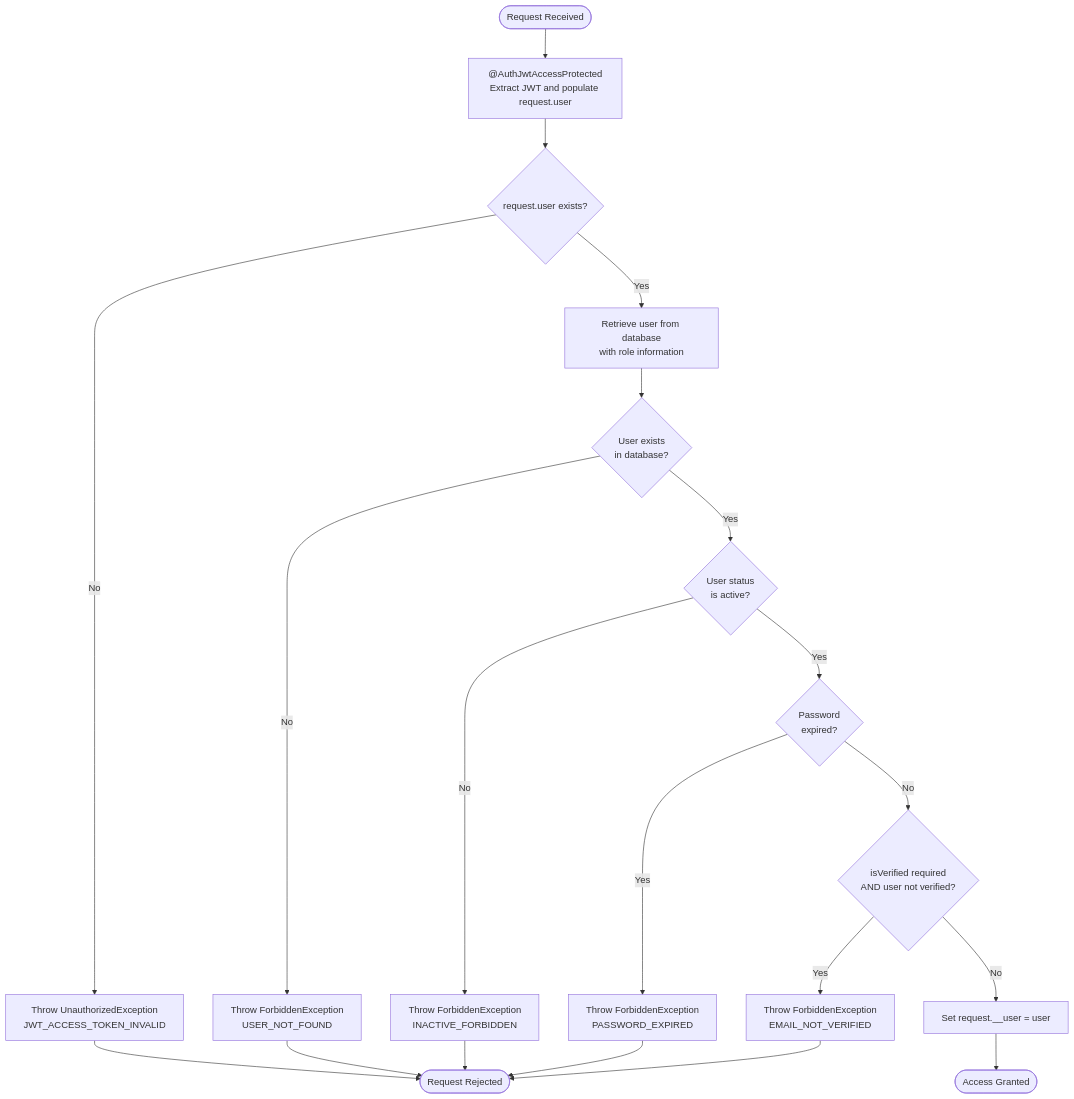
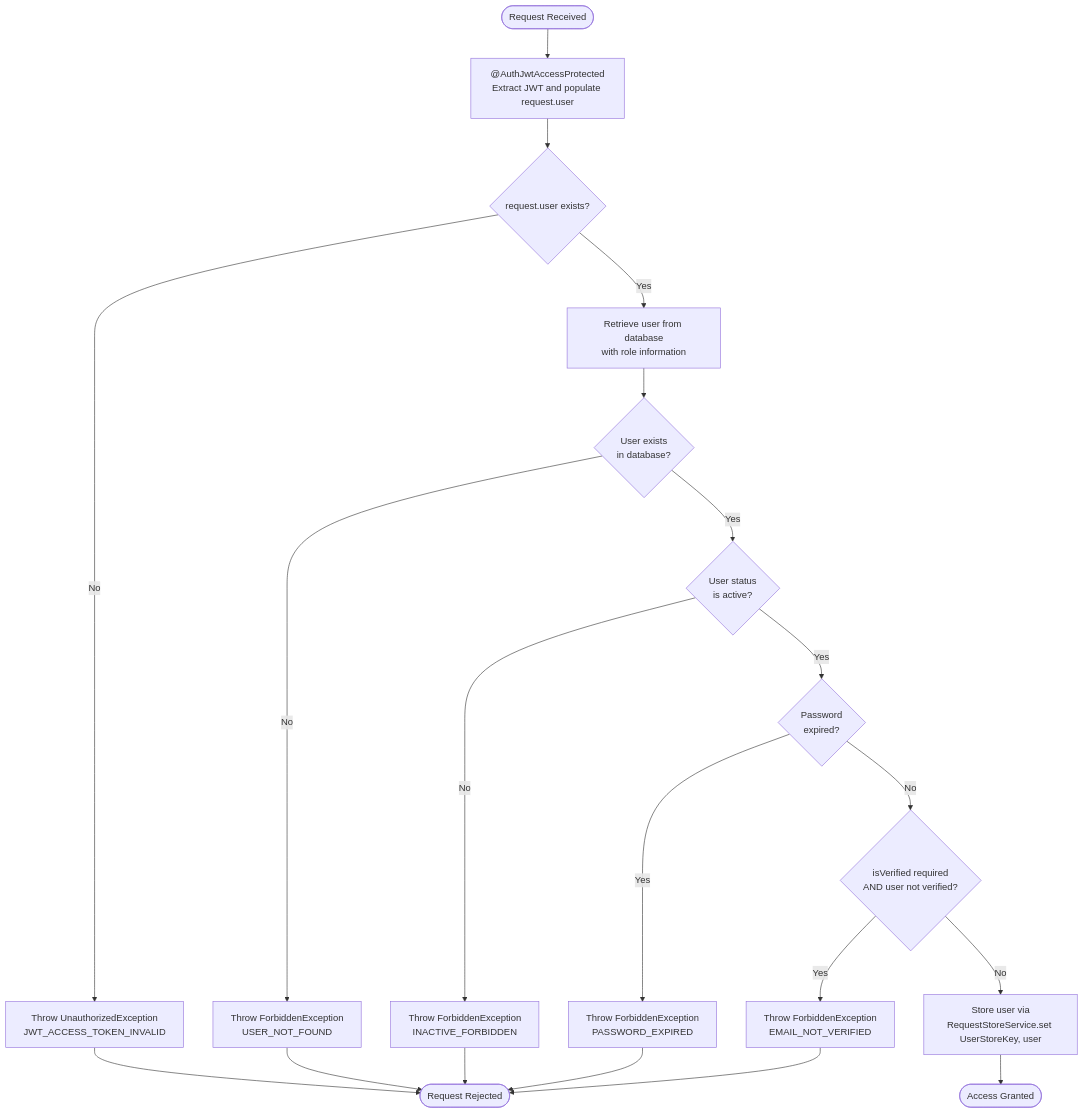
Before and after one commit to andrechristikan/ack-nestjs-boilerplate: the first of 5 diagrams in docs/authorization.md, drawn with Mermaid. The commit also changed other lines of this file and 12 other files, not shown here.

````diff
--- a/docs/authorization.md
+++ b/docs/authorization.md
@@ -132,28 +132,28 @@
 ```mermaid
 flowchart TD
     Start([Request Received]) --> JwtGuard[ @AuthJwtAccessProtected<br/>Extract JWT and populate request.user]
     JwtGuard --> CheckAuth{request.user exists?}
     CheckAuth -->|No| ErrorAuth[Throw UnauthorizedException<br/>JWT_ACCESS_TOKEN_INVALID]
     CheckAuth -->|Yes| LookupUser[Retrieve user from database<br/>with role information]
     
     LookupUser --> UserExists{User exists<br/>in database?}
     UserExists -->|No| ErrorNotFound[Throw ForbiddenException<br/>USER_NOT_FOUND]
     UserExists -->|Yes| CheckStatus{User status<br/>is active?}
     
     CheckStatus -->|No| ErrorInactive[Throw ForbiddenException<br/>INACTIVE_FORBIDDEN]
     CheckStatus -->|Yes| CheckPassword{Password<br/>expired?}
     
     CheckPassword -->|Yes| ErrorPassword[Throw ForbiddenException<br/>PASSWORD_EXPIRED]
     CheckPassword -->|No| CheckVerified{isVerified required<br/>AND user not verified?}
     
     CheckVerified -->|Yes| ErrorVerified[Throw ForbiddenException<br/>EMAIL_NOT_VERIFIED]
-    CheckVerified -->|No| SetUser[Set request.__user = user]
+    CheckVerified -->|No| SetUser[Store user via<br/>RequestStoreService.set UserStoreKey, user]
     
     SetUser --> Success([Access Granted])
     
     ErrorAuth --> End([Request Rejected])
     ErrorNotFound --> End
     ErrorInactive --> End
     ErrorPassword --> End
     ErrorVerified --> End
 ```
````
